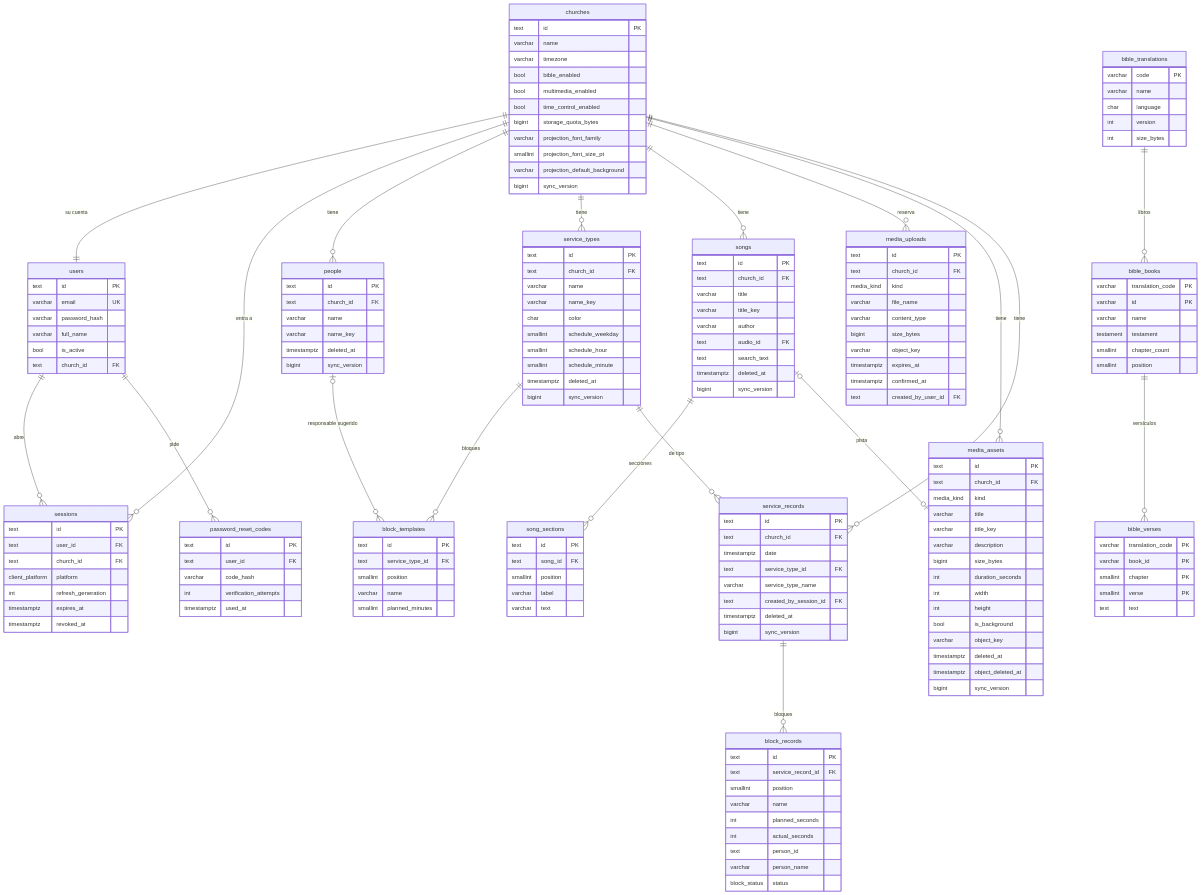
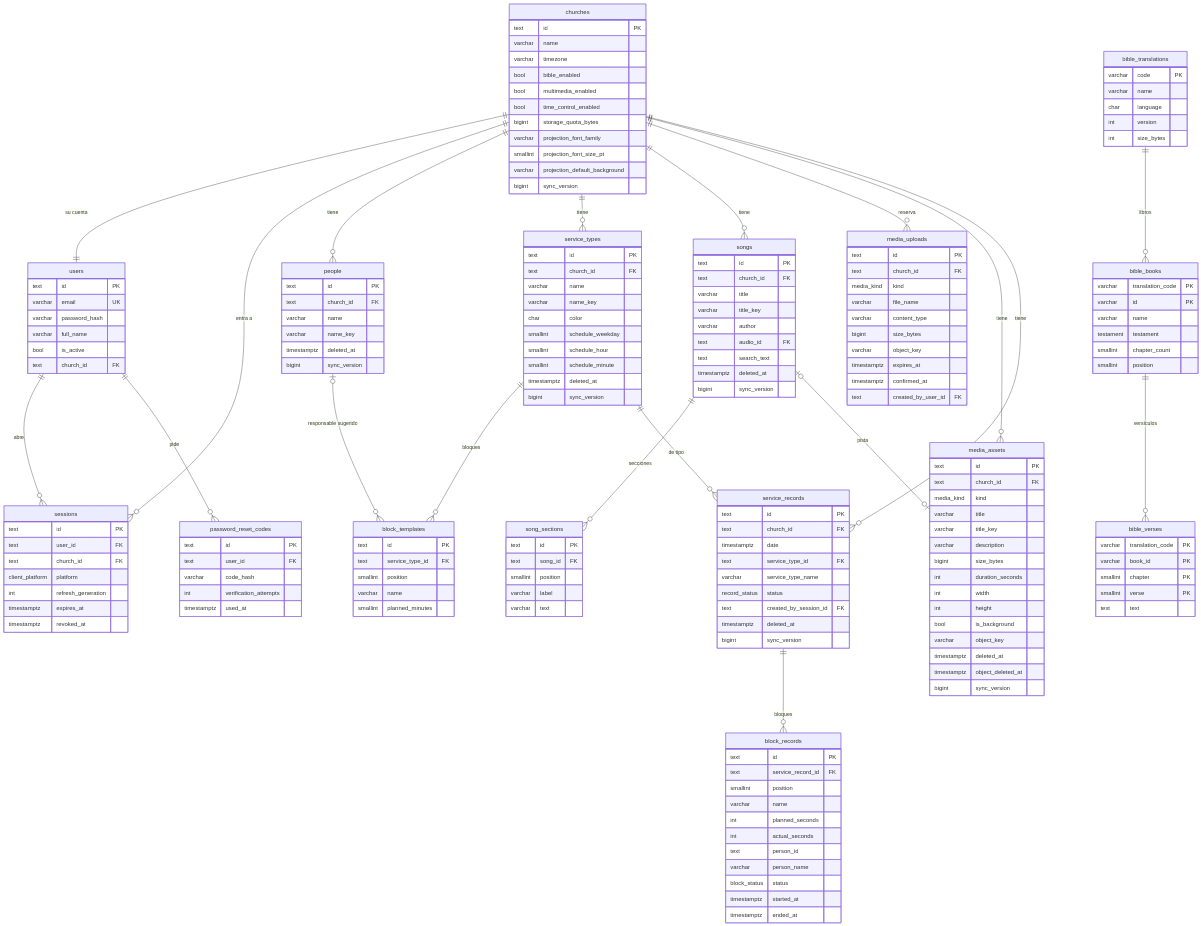
One commit to AtmosferaSoltec/atm-iris-api changed the diagram in docs/database/schema.md. Above: the diagram before and after it, drawn with Mermaid. The commit also changed other lines of this file and 15 other files, not shown here.

```diff
--- a/docs/database/schema.md
+++ b/docs/database/schema.md
@@ -115,6 +115,7 @@
     timestamptz date
     text service_type_id FK
     varchar service_type_name
+    record_status status
     text created_by_session_id FK
     timestamptz deleted_at
     bigint sync_version
@@ -129,6 +130,8 @@
     text person_id
     varchar person_name
     block_status status
+    timestamptz started_at
+    timestamptz ended_at
   }
   bible_translations {
     varchar code PK
```
